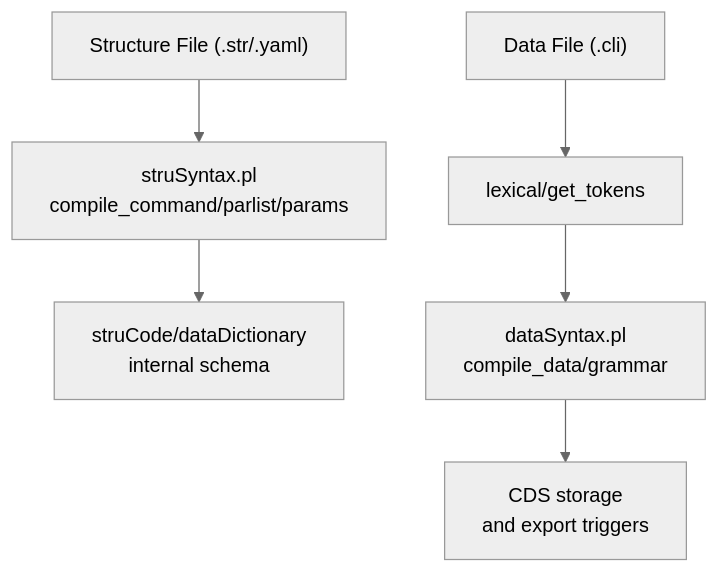
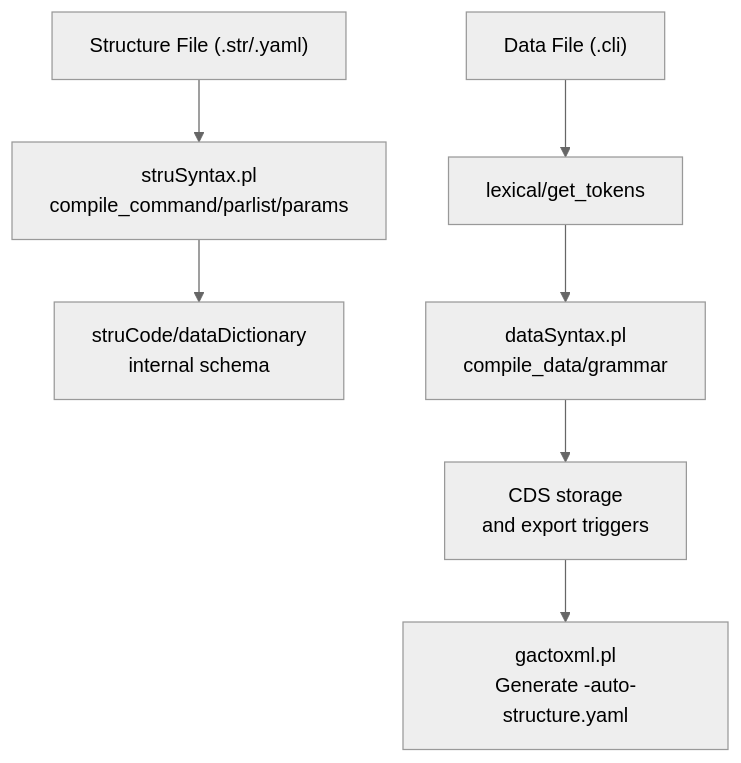
Before and after one commit to time-link/timelink-kleio: the fourth of 9 diagrams in .qoder/repowiki/en/content/Project Overview/Core Services/Translation Services.md, drawn with Mermaid (neutral theme). The commit also changed other lines of this file and 189 other files, not shown here.

````diff
--- a/.qoder/repowiki/en/content/Project Overview/Core Services/Translation Services.md
+++ b/.qoder/repowiki/en/content/Project Overview/Core Services/Translation Services.md
@@ -177,8 +197,9 @@
 ```mermaid
 flowchart TD
 A["Structure File (.str/.yaml)"] --> B["struSyntax.pl<br/>compile_command/parlist/params"]
 B --> C["struCode/dataDictionary<br/>internal schema"]
 D["Data File (.cli)"] --> E["lexical/get_tokens"]
 E --> F["dataSyntax.pl<br/>compile_data/grammar"]
 F --> G["CDS storage<br/>and export triggers"]
+G --> H["gactoxml.pl<br/>Generate -auto-structure.yaml"]
 ```
````
